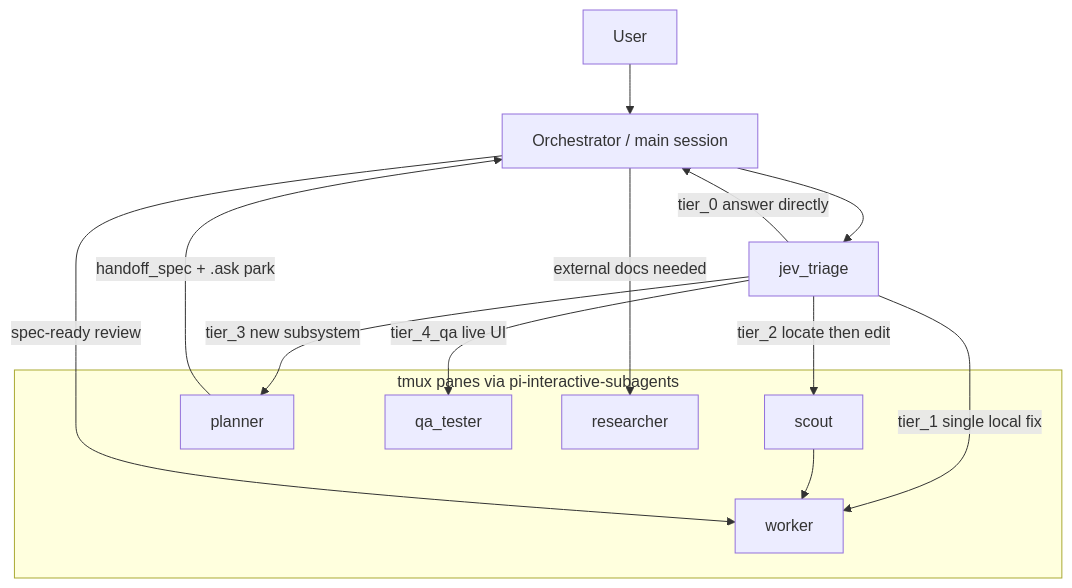
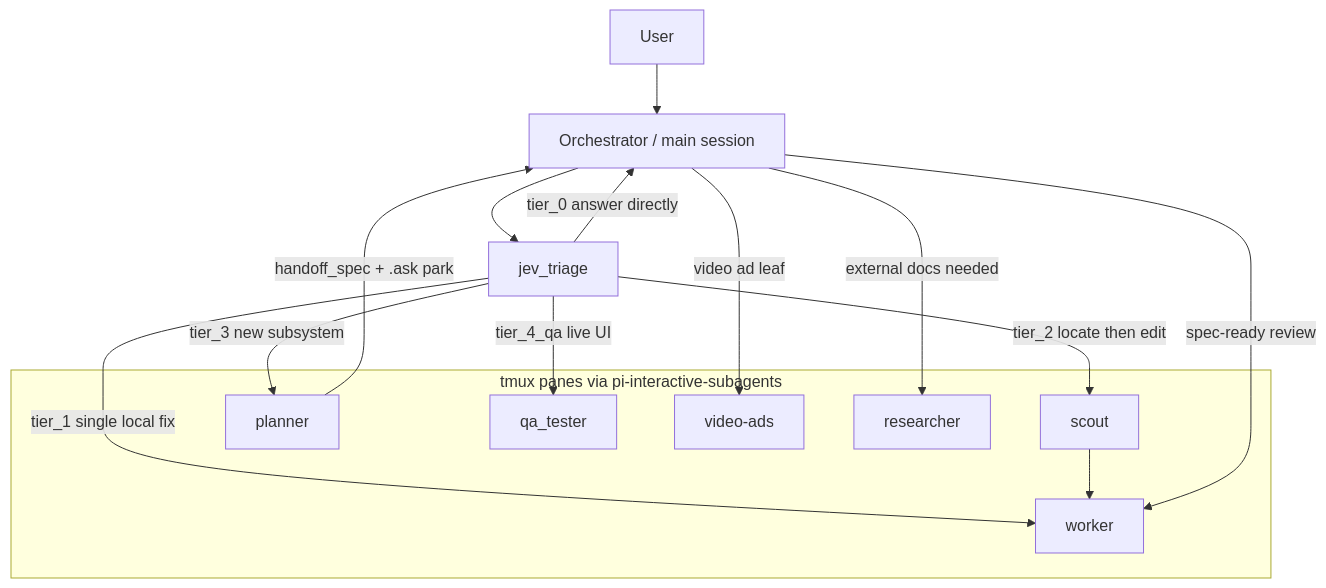
The diagram in docs/architecture.md (VisionCraft3r/ultimate-pi), drawn with Mermaid before and after one commit. The commit also changed other lines of this file and 27 other files, not shown here.

First line of the commit message:
install: ship the local routing manual, video-ads role, and preference defaults

````diff
--- a/docs/architecture.md
+++ b/docs/architecture.md
@@ -42,23 +44,25 @@
 ```mermaid
 flowchart TB
     U[User] --> O[Orchestrator / main session]
     O --> J[jev_triage]
 
     J -->|tier_0 answer directly| O
     J -->|tier_1 single local fix| W[worker]
     J -->|tier_2 locate then edit| S[scout]
     S --> W
     J -->|tier_3 new subsystem| P[planner]
     P -->|handoff_spec + .ask park| O
     O -->|spec-ready review| W
     J -->|tier_4_qa live UI| Q[qa_tester]
+    O -->|video ad leaf| V[video-ads]
     O -->|external docs needed| R[researcher]
 
     subgraph tmux ["tmux panes via pi-interactive-subagents"]
         S
         W
         P
         R
         Q
+        V
     end
 ```
````
